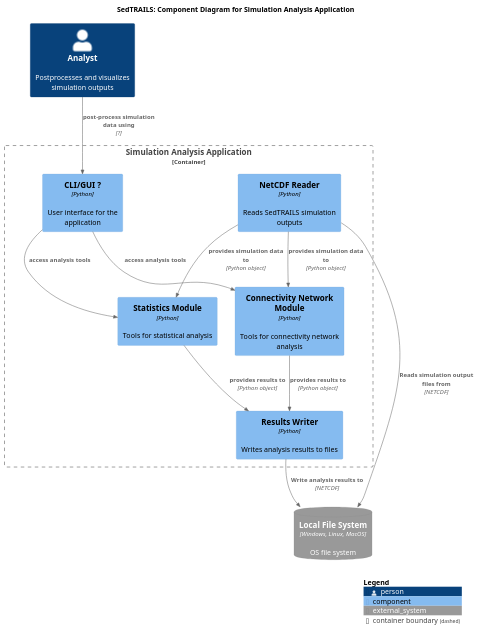
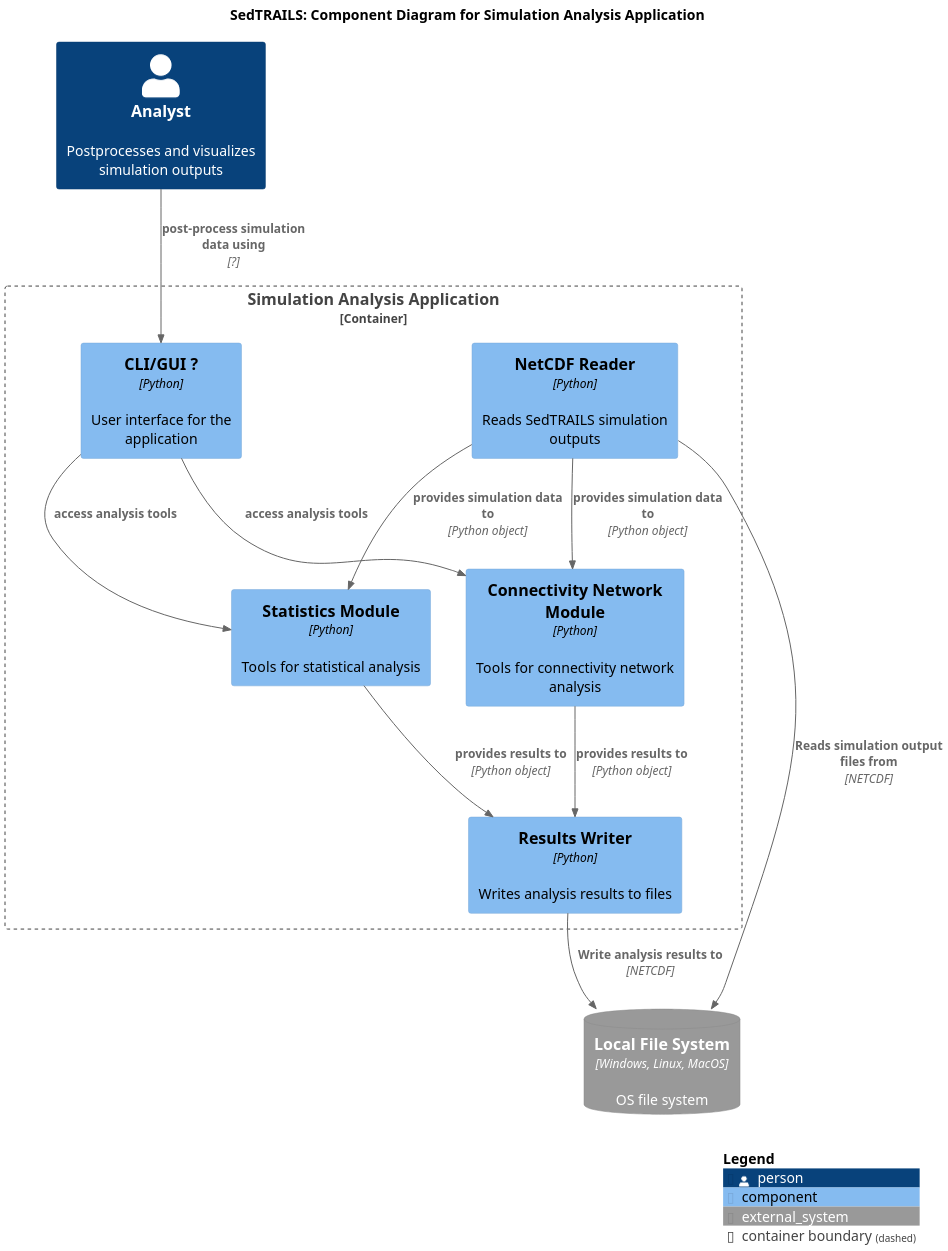
The diagram in diagrams/componets-analysis-app.puml (sgpearson17/sedtrails-sgp), drawn with PlantUML before and after one commit. The commit also changed 5 other files, not shown here.

```diff
--- a/diagrams/componets-analysis-app.puml
+++ b/diagrams/componets-analysis-app.puml
@@ -1,39 +1,39 @@
-@startuml SedtrailComponentsConverter
+@startuml SedtrailComponentsAnalysis
 !include ./c4/C4_Component.puml
 
 ' LAYOUT_LANDSCAPE()
 
 title SedTRAILS: Component Diagram for Simulation Analysis Application
-scale 1
+scale 2
 
 Person(analyst, "Analyst", "Postprocesses and visualizes simulation outputs")
 
 
 
 SystemDb_Ext(fileSystem, "Local File System", "OS file system", $type="Windows, Linux, MacOS")
 
 Container_Boundary(analystApp, "Simulation Analysis Application", "Python", "An application to post-process simulation outputs and conduct statistical and connectivity network analyses"){
 
     Component(fileReader, "NetCDF Reader", "Python", "Reads SedTRAILS simulation outputs")
     Component(fileWriter, "Results Writer", "Python", "Writes analysis results to files")
     Component(statistics, "Statistics Module", "Python", "Tools for statistical analysis")
     Component(connectivity, "Connectivity Network Module", "Python", "Tools for connectivity network analysis")
     Component(cli, "CLI/GUI ?", "Python", "User interface for the application")
 
     Rel(fileReader, statistics, "provides simulation data to", "Python object")
     Rel(fileReader, connectivity, "provides simulation data to", "Python object")
     Rel(connectivity, fileWriter, "provides results to", "Python object")
     Rel(statistics, fileWriter, "provides results to", "Python object")
 }
 
 ' Can we asume that  the connectivity and statistics modules can use the same data format/type
 
 Rel(fileReader, fileSystem, "Reads simulation output files from", "NETCDF")
 Rel(fileWriter, fileSystem , "Write analysis results to", "NETCDF")
 Rel(analyst, cli, "post-process simulation data using", "?")
 Rel(cli, statistics, "access analysis tools",)
 Rel(cli, connectivity, "access analysis tools",)
 
 
 SHOW_LEGEND()
 @enduml
```
